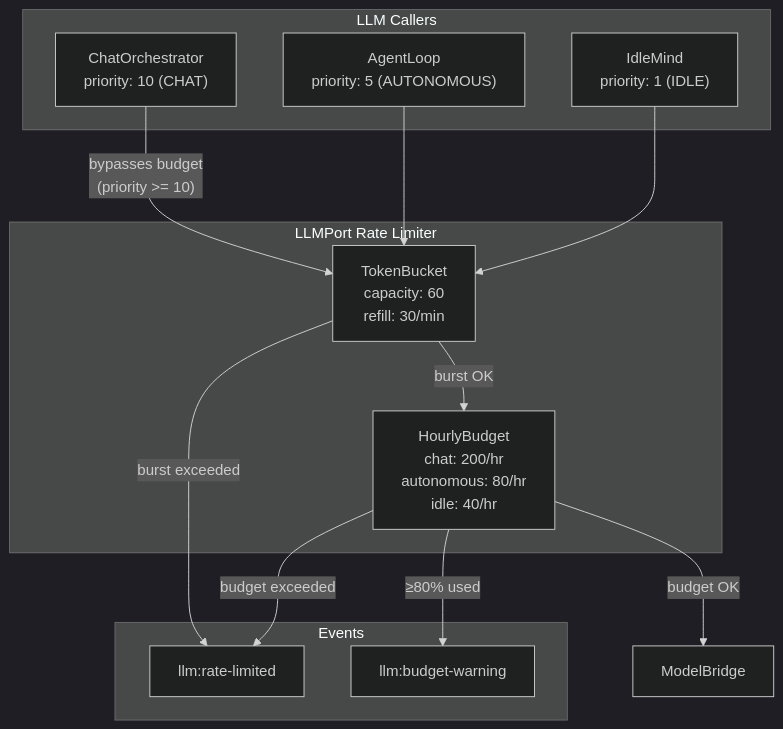
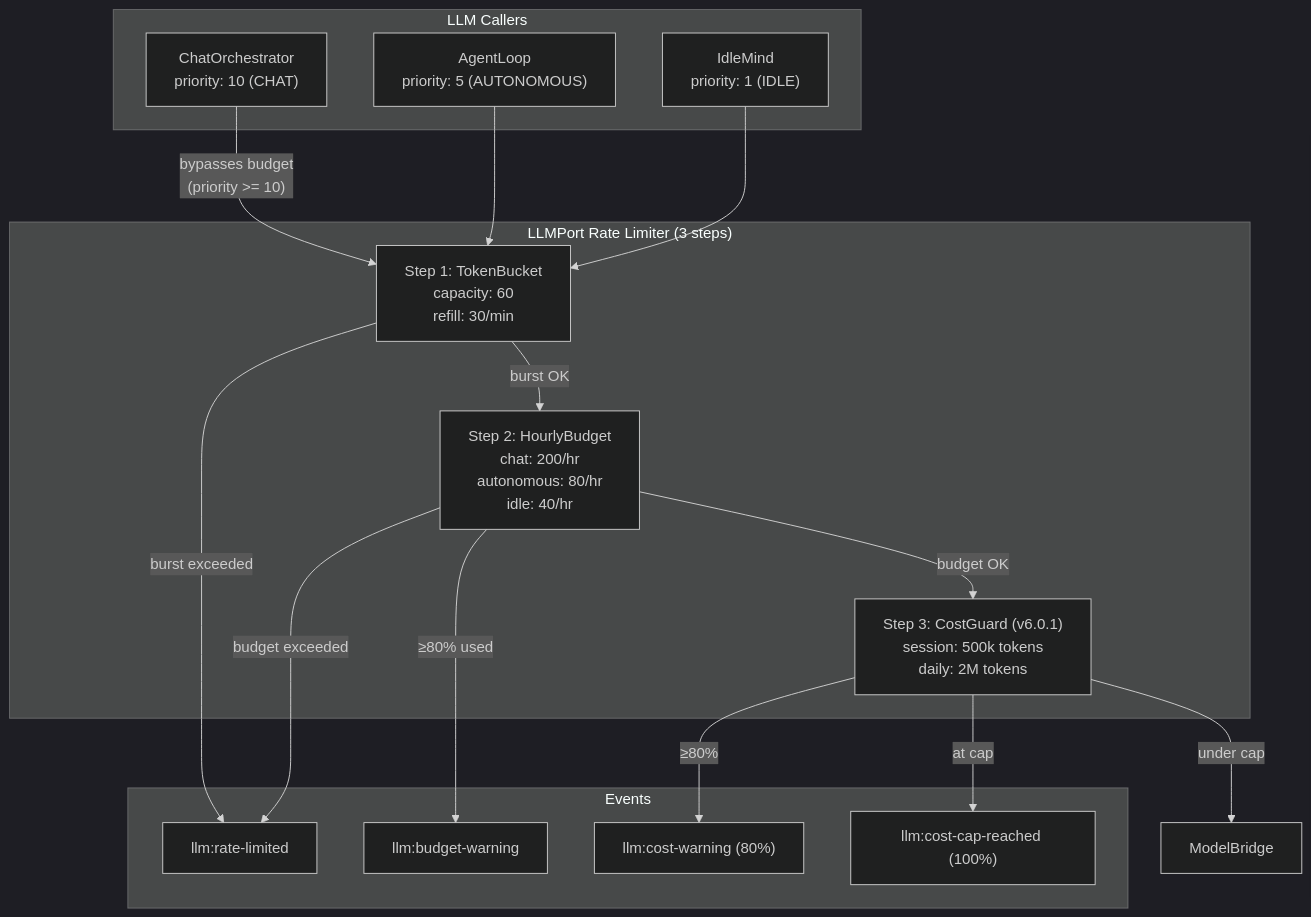
Before and after one commit to Garrus800-stack/genesis-agent: the fifth of 8 diagrams in docs/EVENT-FLOW.md, drawn with Mermaid (dark theme). The commit also changed other lines of this file and 43 other files, not shown here.

````diff
--- a/docs/EVENT-FLOW.md
+++ b/docs/EVENT-FLOW.md
@@ -298,27 +319,33 @@
 ```mermaid
 graph TD
     subgraph Callers["LLM Callers"]
         Chat["ChatOrchestrator<br/>priority: 10 (CHAT)"]
         Loop["AgentLoop<br/>priority: 5 (AUTONOMOUS)"]
         Idle["IdleMind<br/>priority: 1 (IDLE)"]
     end
 
-    subgraph RateLimit["LLMPort Rate Limiter"]
-        Bucket["TokenBucket<br/>capacity: 60<br/>refill: 30/min"]
-        Budget["HourlyBudget<br/>chat: 200/hr<br/>autonomous: 80/hr<br/>idle: 40/hr"]
+    subgraph RateLimit["LLMPort Rate Limiter (3 steps)"]
+        Bucket["Step 1: TokenBucket<br/>capacity: 60<br/>refill: 30/min"]
+        Budget["Step 2: HourlyBudget<br/>chat: 200/hr<br/>autonomous: 80/hr<br/>idle: 40/hr"]
+        CostG["Step 3: CostGuard (v6.0.1)<br/>session: 500k tokens<br/>daily: 2M tokens"]
     end
 
     subgraph Events["Events"]
         limited["llm:rate-limited"]
         warning["llm:budget-warning"]
+        costWarn["llm:cost-warning (80%)"]
+        costCap["llm:cost-cap-reached (100%)"]
     end
 
     Chat -->|"bypasses budget<br/>(priority >= 10)"| Bucket
     Loop --> Bucket
     Idle --> Bucket
     Bucket -->|"burst OK"| Budget
     Bucket -->|"burst exceeded"| limited
-    Budget -->|"budget OK"| LLM["ModelBridge"]
+    Budget -->|"budget OK"| CostG
     Budget -->|"budget exceeded"| limited
     Budget -->|"≥80% used"| warning
+    CostG -->|"under cap"| LLM["ModelBridge"]
+    CostG -->|"at cap"| costCap
+    CostG -->|"≥80%"| costWarn
 ```
````
